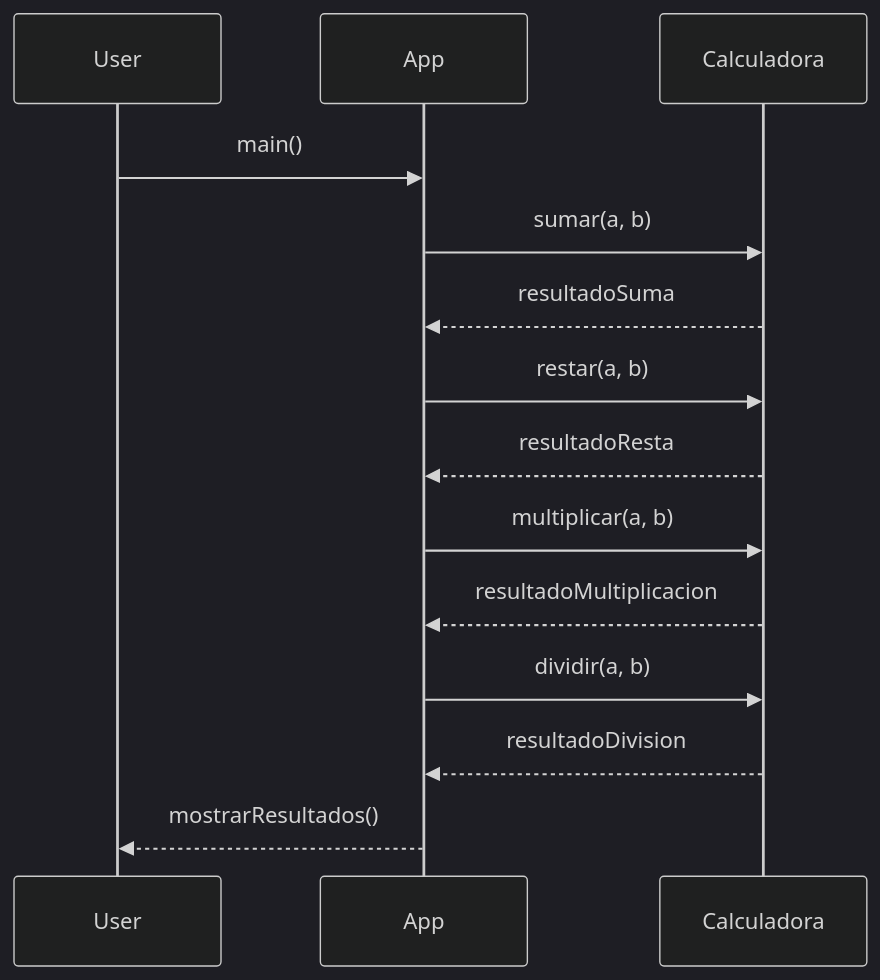
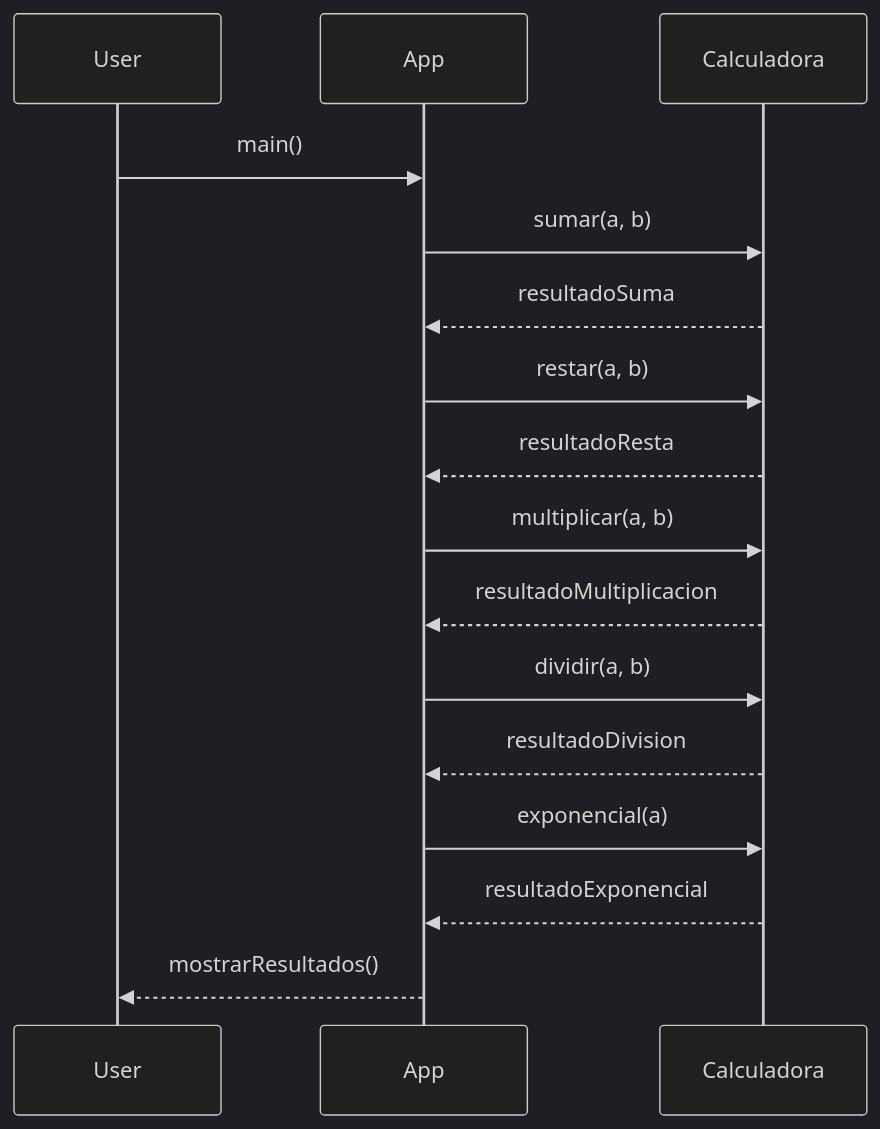
Before and after one commit to ricardo-qm/codespaces-blank: the second of 2 diagrams in mi-proyecto/README.md, drawn with Mermaid (dark theme). The commit also changed other lines of this file and 3 other files, not shown here.

````diff
--- a/mi-proyecto/README.md
+++ b/mi-proyecto/README.md
@@ -55,18 +56,20 @@
 ```mermaid
 sequenceDiagram
     participant User
     participant App
     participant Calculadora
 
     User->>App: main()
     App->>Calculadora: sumar(a, b)
     Calculadora-->>App: resultadoSuma
     App->>Calculadora: restar(a, b)
     Calculadora-->>App: resultadoResta
     App->>Calculadora: multiplicar(a, b)
     Calculadora-->>App: resultadoMultiplicacion
     App->>Calculadora: dividir(a, b)
     Calculadora-->>App: resultadoDivision
+    App->>Calculadora: exponencial(a)
+    Calculadora-->>App: resultadoExponencial
     App-->>User: mostrarResultados()
 
 ```
````
